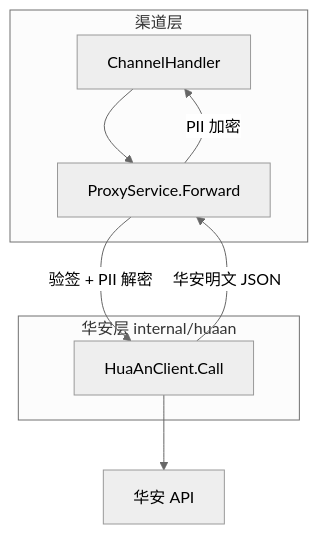
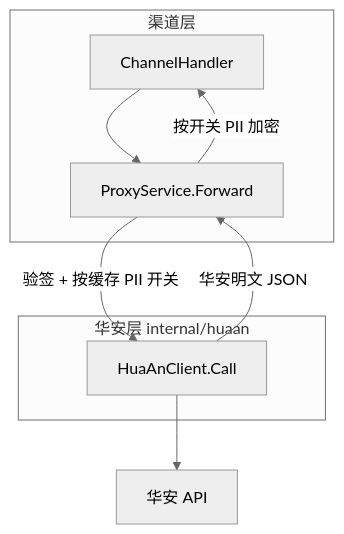
Before and after one commit to duchongdev/insurance: the first of 3 diagrams in docs/ARCHITECTURE.md, drawn with Mermaid (neutral theme). The commit also changed other lines of this file and 5 other files, not shown here.

````diff
--- a/docs/ARCHITECTURE.md
+++ b/docs/ARCHITECTURE.md
@@ -17,17 +17,17 @@
 ```mermaid
 flowchart TB
     subgraph channel ["渠道层"]
         H[ChannelHandler]
         P[ProxyService.Forward]
         H --> P
     end
 
     subgraph huaan_layer ["华安层 internal/huaan"]
         C[HuaAnClient.Call]
     end
 
-    P -->|"验签 + PII 解密"| C
+    P -->|"验签 + 按缓存 PII 开关"| C
     C -->|"华安明文 JSON"| P
-    P -->|"PII 加密"| H
+    P -->|"按开关 PII 加密"| H
     C --> Real[华安 API]
 ```
````
